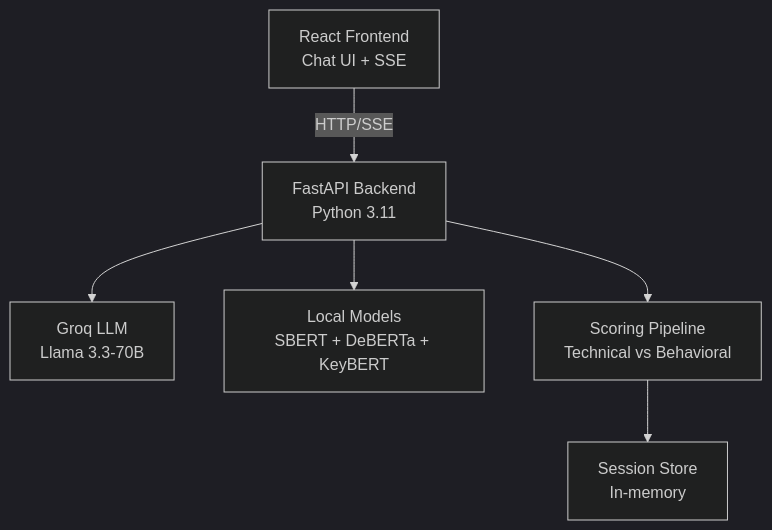
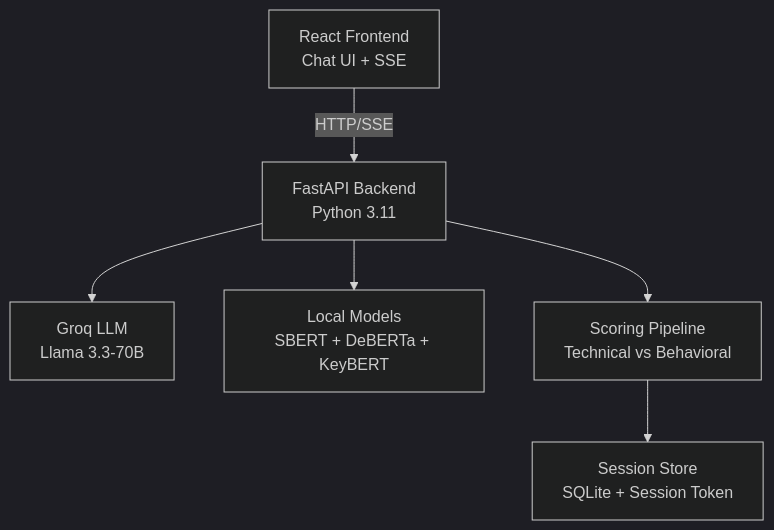
The diagram in README.md (Cyril-36/Interview-Eval), drawn with Mermaid (dark theme) before and after one commit. The commit also changed other lines of this file and 41 other files, not shown here.

````diff
--- a/README.md
+++ b/README.md
@@ -27,8 +29,8 @@
 ```mermaid
 graph TD
     A[React Frontend<br/>Chat UI + SSE] -->|HTTP/SSE| B[FastAPI Backend<br/>Python 3.11]
     B --> C[Groq LLM<br/>Llama 3.3-70B]
     B --> D[Local Models<br/>SBERT + DeBERTa + KeyBERT]
     B --> E[Scoring Pipeline<br/>Technical vs Behavioral]
-    E --> F[Session Store<br/>In-memory]
+    E --> F[Session Store<br/>SQLite + Session Token]
 ```
````
